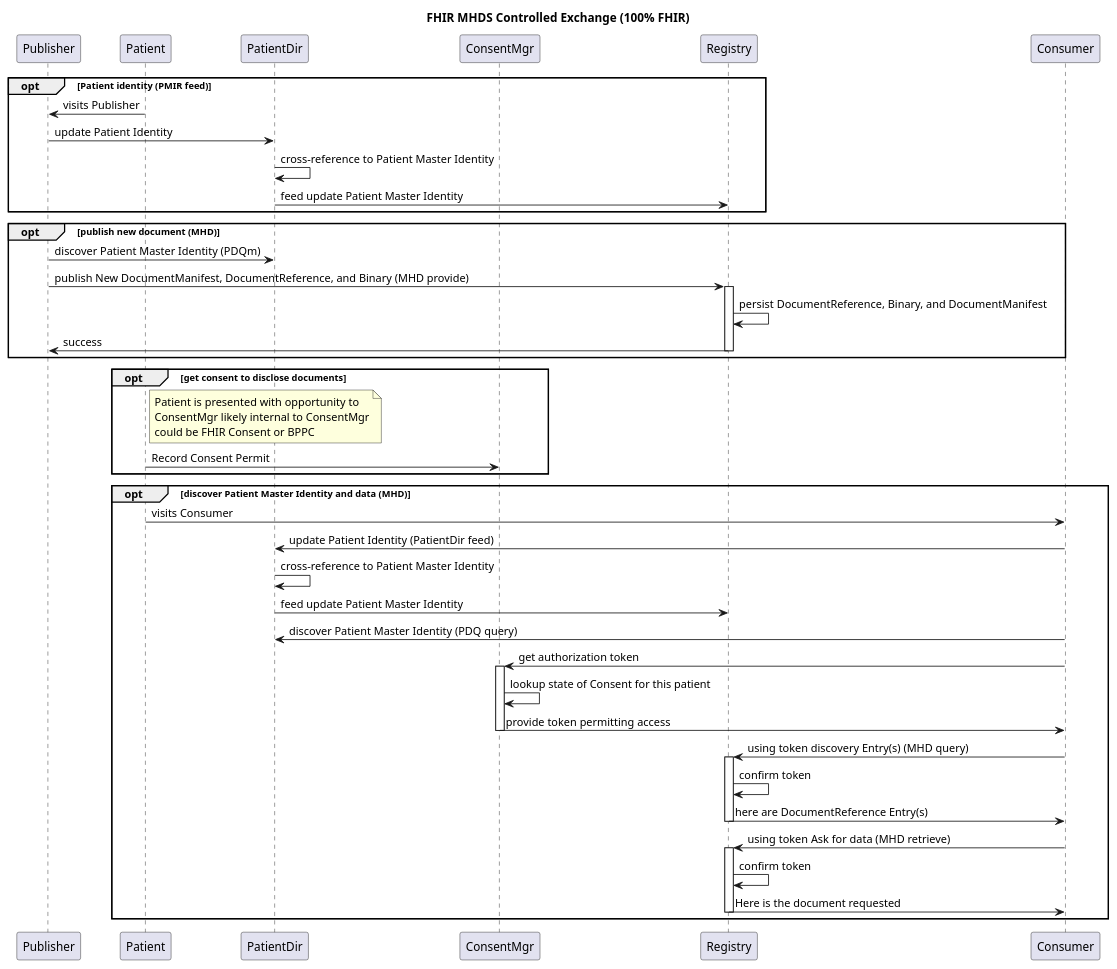
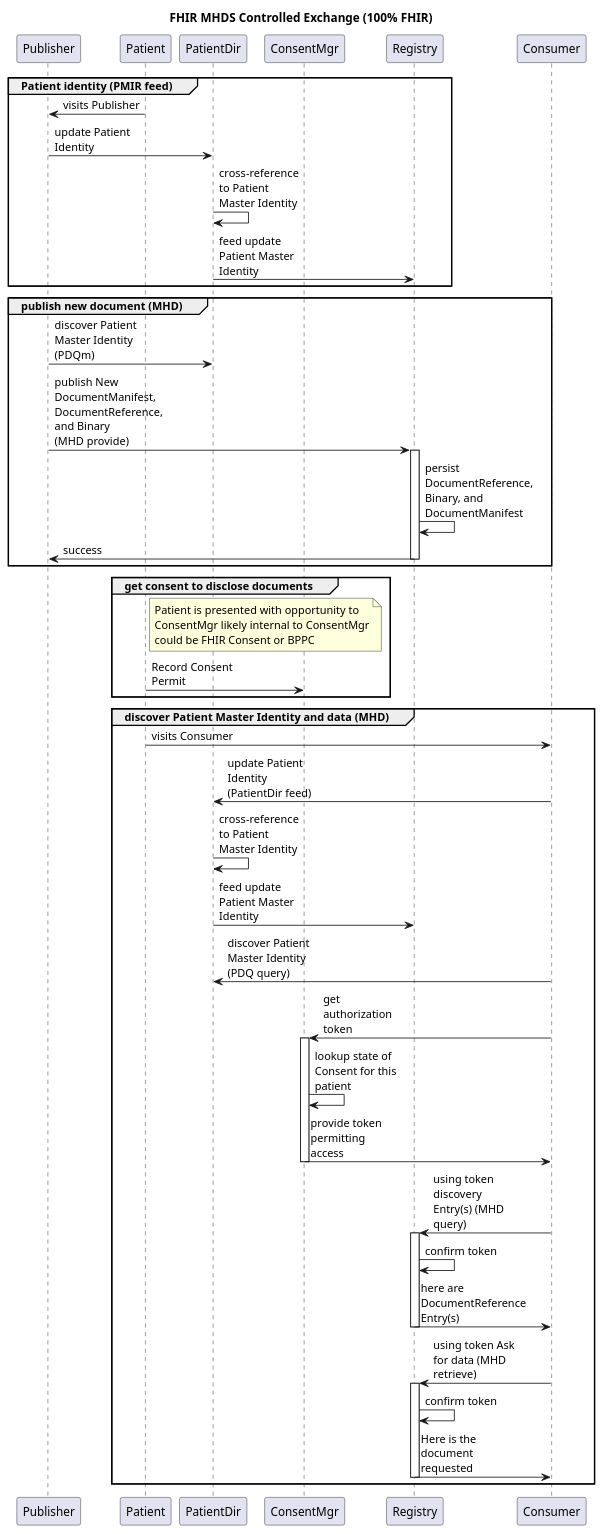
The diagram in input/images-source/MHDS_controlled_exchange.plantuml (IHE/ITI.MHDS), drawn with PlantUML before and after one commit. The commit also changed 3 other files, not shown here.

```diff
--- a/input/images-source/MHDS_controlled_exchange.plantuml
+++ b/input/images-source/MHDS_controlled_exchange.plantuml
@@ -1,59 +1,60 @@
 @startuml
+skinparam maxMessageSize 100
 title FHIR MHDS Controlled Exchange (100% FHIR)
 
 participant Publisher
 participant Patient
 participant PatientDir
 participant ConsentMgr
 participant Registry
 participant Consumer
 
 
-opt Patient identity (PMIR feed)
+group Patient identity (PMIR feed)
 Patient->Publisher: visits Publisher
 Publisher->PatientDir: update Patient Identity
 PatientDir->PatientDir: cross-reference to Patient Master Identity
 PatientDir->Registry: feed update Patient Master Identity
 end
 
-opt publish new document (MHD)
+group publish new document (MHD)
 Publisher->PatientDir: discover Patient Master Identity (PDQm)
 Publisher->Registry: publish New DocumentManifest, DocumentReference, and Binary (MHD provide)
 activate Registry
 Registry->Registry: persist DocumentReference, Binary, and DocumentManifest
 Registry->Publisher: success
 deactivate Registry
 end
 
-opt get consent to disclose documents
+group get consent to disclose documents
 note right of Patient
 Patient is presented with opportunity to 
 ConsentMgr likely internal to ConsentMgr
 could be FHIR Consent or BPPC
 end note
 Patient->ConsentMgr: Record Consent Permit
 end
 
-opt discover Patient Master Identity and data (MHD)
+group discover Patient Master Identity and data (MHD)
 Patient->Consumer: visits Consumer
 Consumer->PatientDir: update Patient Identity (PatientDir feed)
 PatientDir->PatientDir: cross-reference to Patient Master Identity
 PatientDir->Registry: feed update Patient Master Identity
 Consumer->PatientDir: discover Patient Master Identity (PDQ query)
 Consumer->ConsentMgr: get authorization token
 activate ConsentMgr
 ConsentMgr->ConsentMgr: lookup state of Consent for this patient
 ConsentMgr->Consumer: provide token permitting access
 deactivate ConsentMgr
 Consumer->Registry: using token discovery Entry(s) (MHD query)
 activate Registry
 Registry->Registry: confirm token
 Registry->Consumer: here are DocumentReference Entry(s)
 deactivate Registry
 Consumer->Registry: using token Ask for data (MHD retrieve)
 activate Registry
 Registry->Registry: confirm token
 Registry->Consumer: Here is the document requested
 deactivate Registry
 end
 @enduml
```
